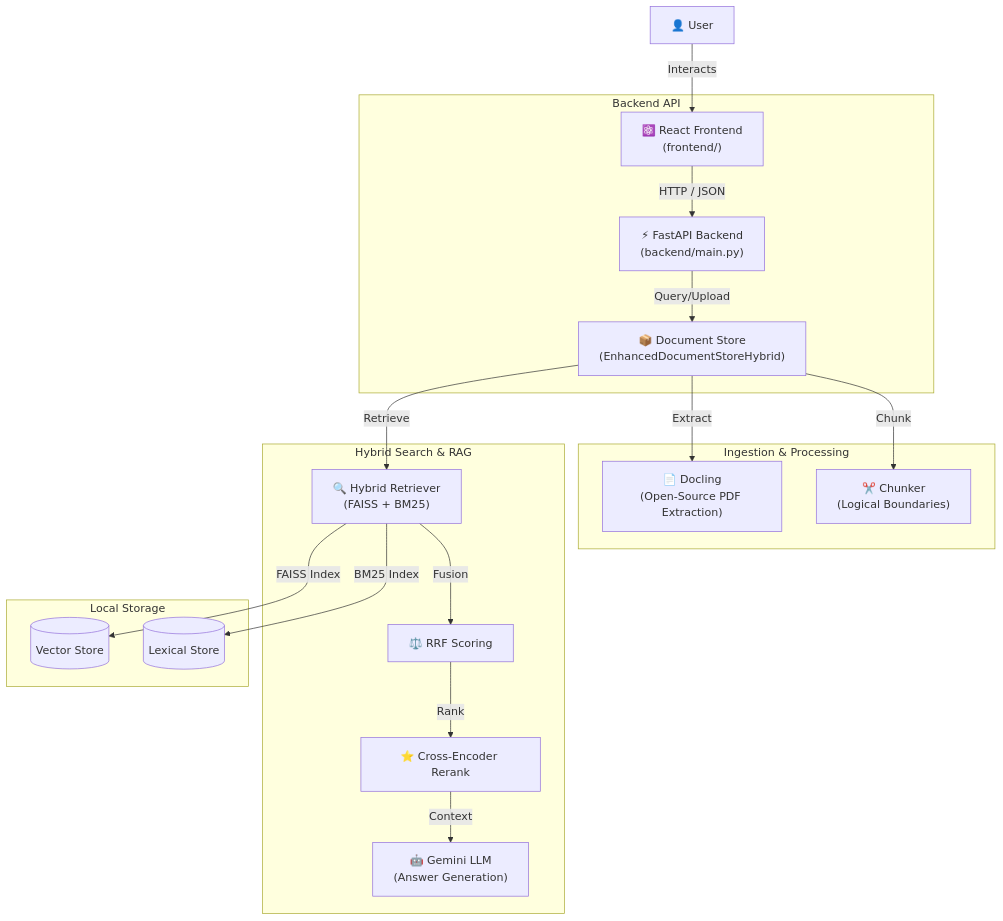
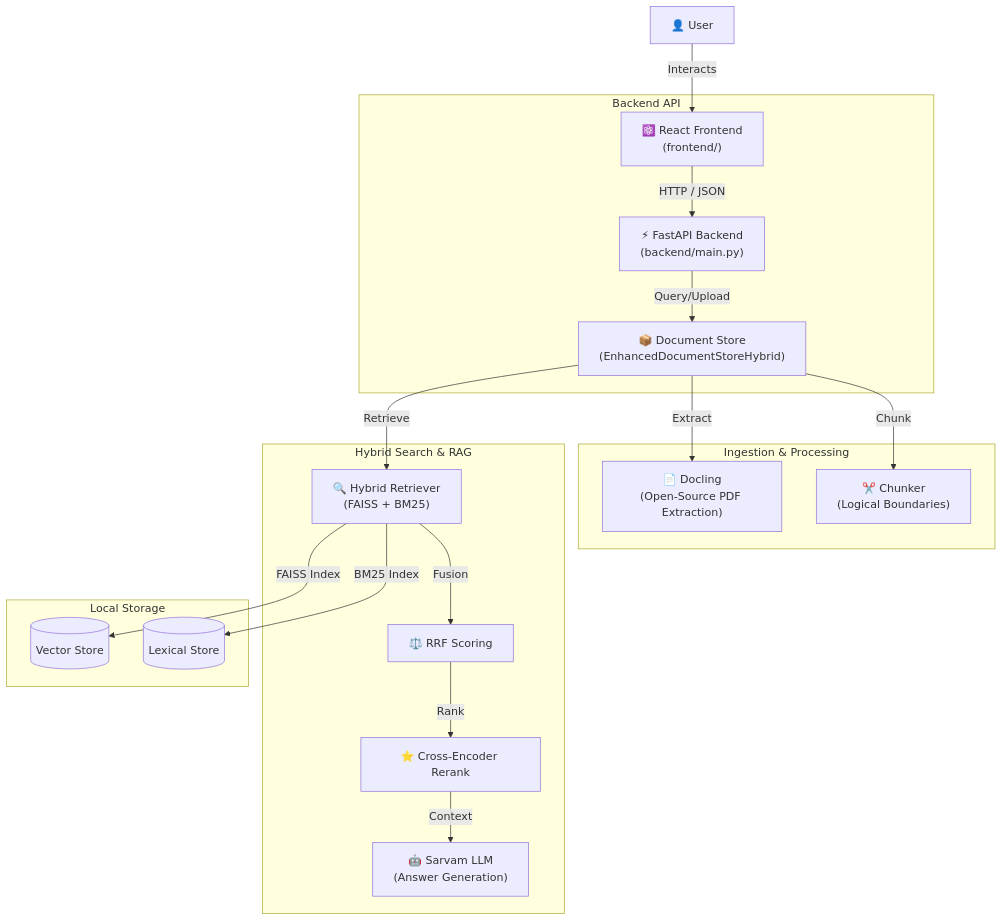
The diagram in README.md (VIVPM/document-retrieval-system), drawn with Mermaid before and after one commit. The commit also changed other lines of this file, not shown here.

````diff
--- a/README.md
+++ b/README.md
@@ -20,26 +20,26 @@
 ```mermaid
 graph TD
     User[👤 User] -->|Interacts| React["⚛️ React Frontend<br>(frontend/)"]
     
     subgraph API_Layer [Backend API]
         React -->|HTTP / JSON| FastAPI["⚡ FastAPI Backend<br>(backend/main.py)"]
         FastAPI -->|Query/Upload| Store["📦 Document Store<br>(EnhancedDocumentStoreHybrid)"]
     end
     
     subgraph Processing_Layer [Ingestion & Processing]
         Store -->|Extract| Docling["📄 Docling<br>(Open-Source PDF Extraction)"]
         Store -->|Chunk| Chunker["✂️ Chunker<br>(Logical Boundaries)"]
     end
 
     subgraph Retrieval_Layer [Hybrid Search & RAG]
         Store -->|Retrieve| Hybrid["🔍 Hybrid Retriever<br>(FAISS + BM25)"]
         Hybrid -->|Fusion| RRF["⚖️ RRF Scoring"]
         RRF -->|Rank| Reranker["⭐ Cross-Encoder Rerank"]
-        Reranker -->|Context| LLM["🤖 Gemini LLM<br>(Answer Generation)"]
+        Reranker -->|Context| LLM["🤖 Sarvam LLM<br>(Answer Generation)"]
     end
 
     subgraph Data_Storage [Local Storage]
         Hybrid -->|FAISS Index| VectorDB[(Vector Store)]
         Hybrid -->|BM25 Index| DocDB[(Lexical Store)]
     end
 ```
````
